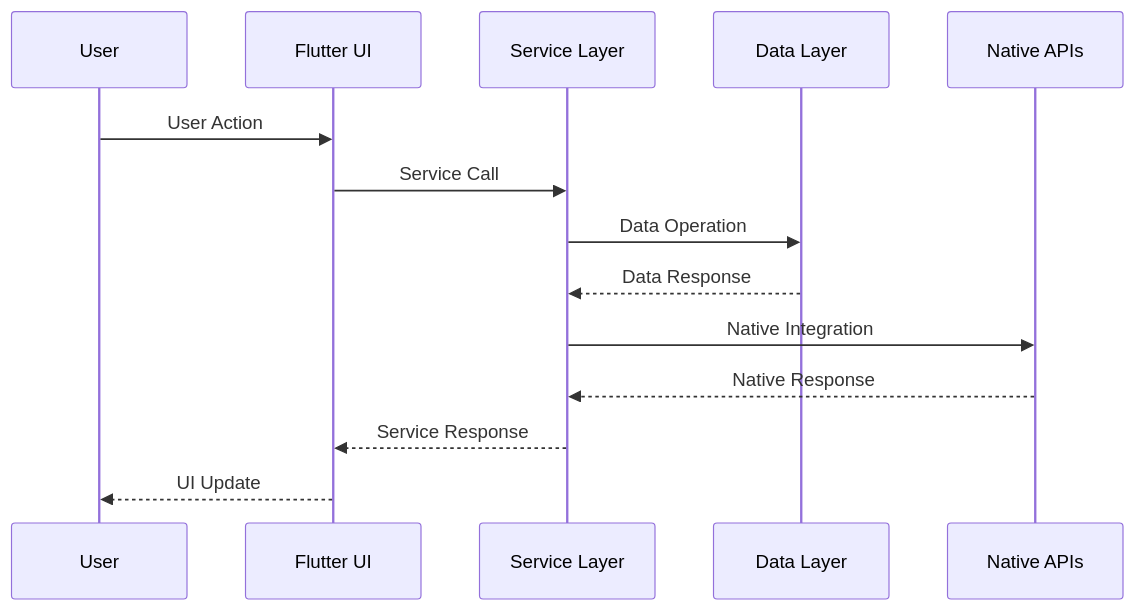
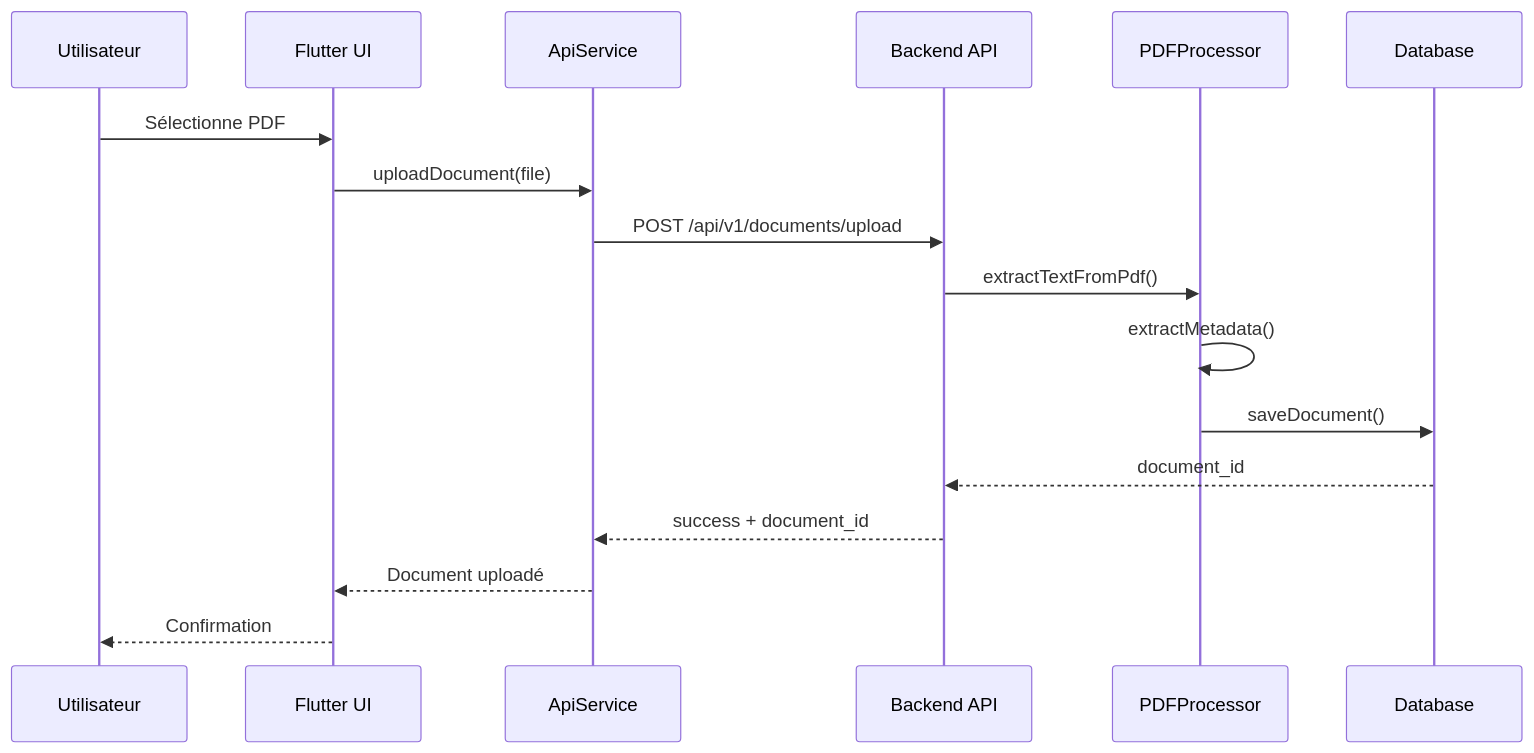
Before and after one commit to arkalia-luna-system/arkalia-cia: the second of 9 diagrams in docs/ARCHITECTURE.md, drawn with Mermaid. The commit also changed other lines of this file and 32 other files, not shown here.

````diff
--- a/docs/ARCHITECTURE.md
+++ b/docs/ARCHITECTURE.md
@@ -140,17 +144,20 @@
 ```mermaid
 sequenceDiagram
-    participant U as User
+    participant U as Utilisateur
     participant UI as Flutter UI
-    participant S as Service Layer
-    participant D as Data Layer
-    participant N as Native APIs
+    participant API as ApiService
+    participant BE as Backend API
+    participant PDF as PDFProcessor
+    participant DB as Database
 
-    U->>UI: User Action
-    UI->>S: Service Call
-    S->>D: Data Operation
-    D-->>S: Data Response
-    S->>N: Native Integration
-    N-->>S: Native Response
-    S-->>UI: Service Response
-    UI-->>U: UI Update
+    U->>UI: Sélectionne PDF
+    UI->>API: uploadDocument(file)
+    API->>BE: POST /api/v1/documents/upload
+    BE->>PDF: extractTextFromPdf()
+    PDF->>PDF: extractMetadata()
+    PDF->>DB: saveDocument()
+    DB-->>BE: document_id
+    BE-->>API: success + document_id
+    API-->>UI: Document uploadé
+    UI-->>U: Confirmation
 ```
````
